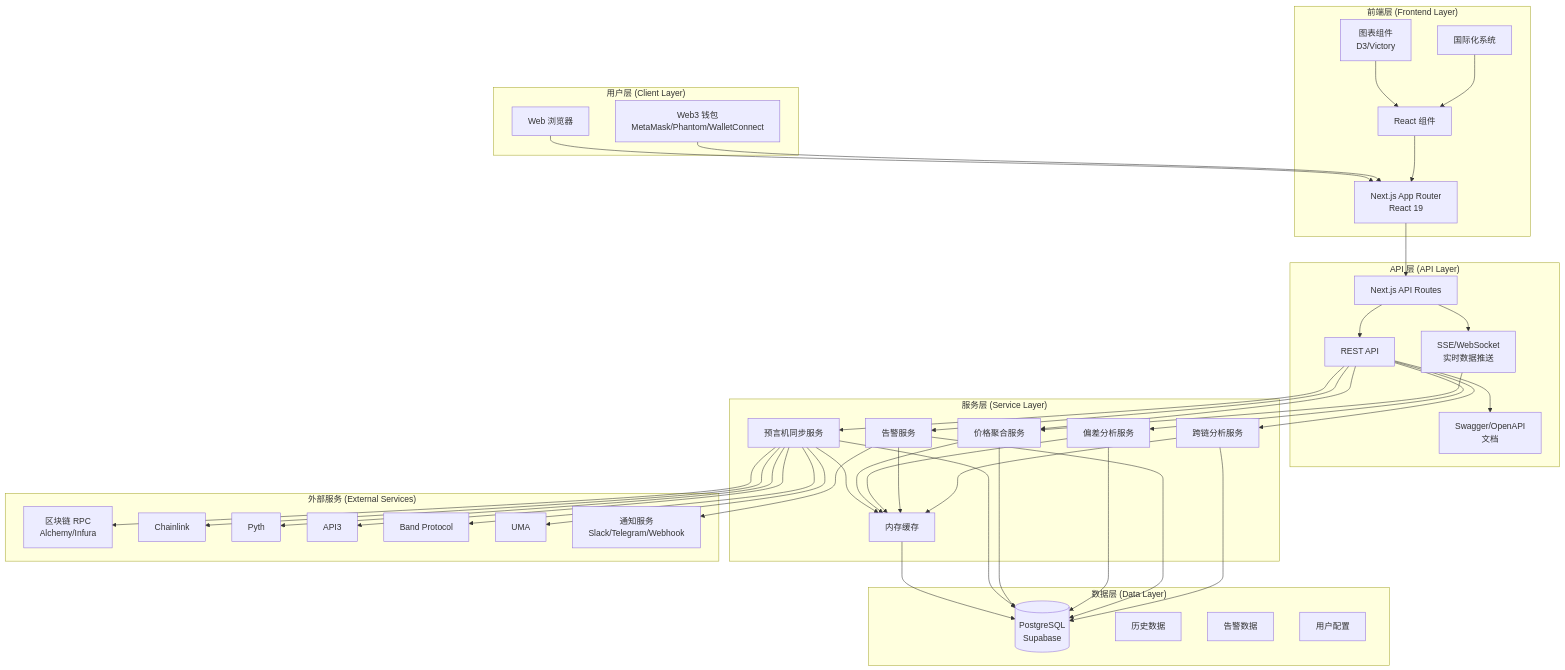
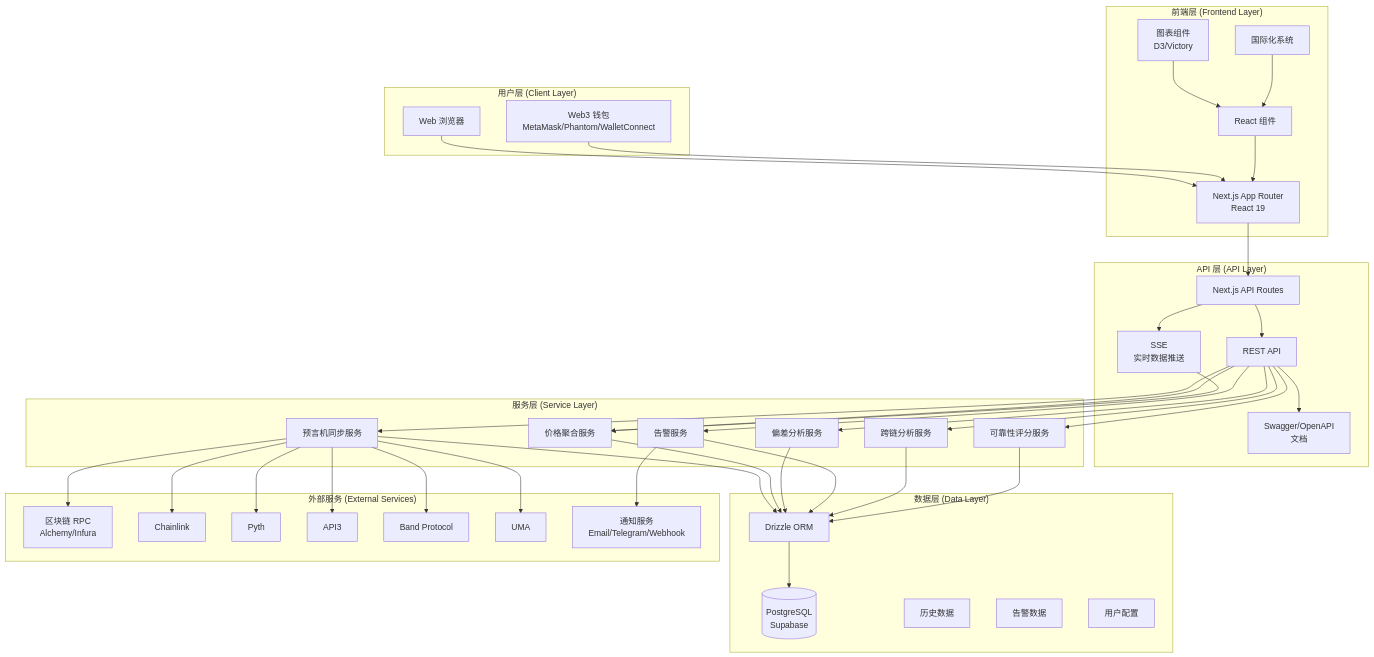
The diagram in docs/architecture/overview.md (imokokok/Insight-beta), drawn with Mermaid before and after one commit. The commit also changed other lines of this file and 14 other files, not shown here.

```diff
--- a/docs/architecture/overview.md
+++ b/docs/architecture/overview.md
@@ -21,7 +21,7 @@
     subgraph "API 层 (API Layer)"
         API_Routes[Next.js API Routes]
         REST_API[REST API]
-        SSE[SSE/WebSocket<br/>实时数据推送]
+        SSE[SSE<br/>实时数据推送]
         Swagger[Swagger/OpenAPI<br/>文档]
     end
 
@@ -31,11 +31,12 @@
         Deviation[偏差分析服务]
         Alert[告警服务]
         CrossChain[跨链分析服务]
-        Cache[内存缓存]
+        Reliability[可靠性评分服务]
     end
 
     subgraph "数据层 (Data Layer)"
         DB[(PostgreSQL<br/>Supabase)]
+        Drizzle[Drizzle ORM]
         Historical[历史数据]
         Alerts[告警数据]
         Users[用户配置]
@@ -48,7 +49,7 @@
         API3[API3]
         BandProtocol[Band Protocol]
         UMA[UMA]
-        Notifications[通知服务<br/>Slack/Telegram/Webhook]
+        Notifications[通知服务<br/>Email/Telegram/Webhook]
     end
 
     Browser --> NextApp
@@ -68,20 +69,17 @@
     REST_API --> Deviation
     REST_API --> Alert
     REST_API --> CrossChain
+    REST_API --> Reliability
     SSE --> PriceAgg
 
-    OracleSync --> Cache
-    PriceAgg --> Cache
-    Deviation --> Cache
-    Alert --> Cache
-    CrossChain --> Cache
+    OracleSync --> Drizzle
+    PriceAgg --> Drizzle
+    Deviation --> Drizzle
+    Alert --> Drizzle
+    CrossChain --> Drizzle
+    Reliability --> Drizzle
 
-    Cache --> DB
-    OracleSync --> DB
-    PriceAgg --> DB
-    Deviation --> DB
-    Alert --> DB
-    CrossChain --> DB
+    Drizzle --> DB
 
     OracleSync --> RPC
     OracleSync --> Chainlink
```
